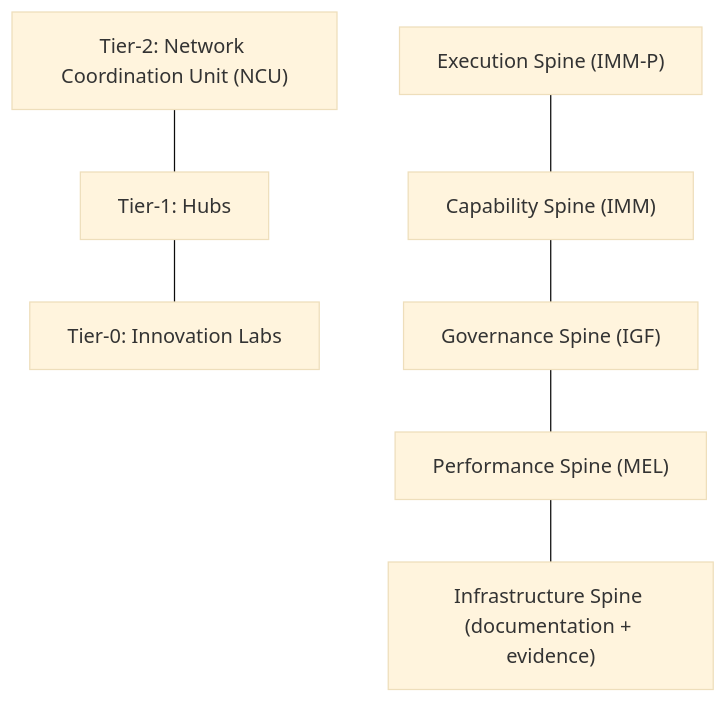
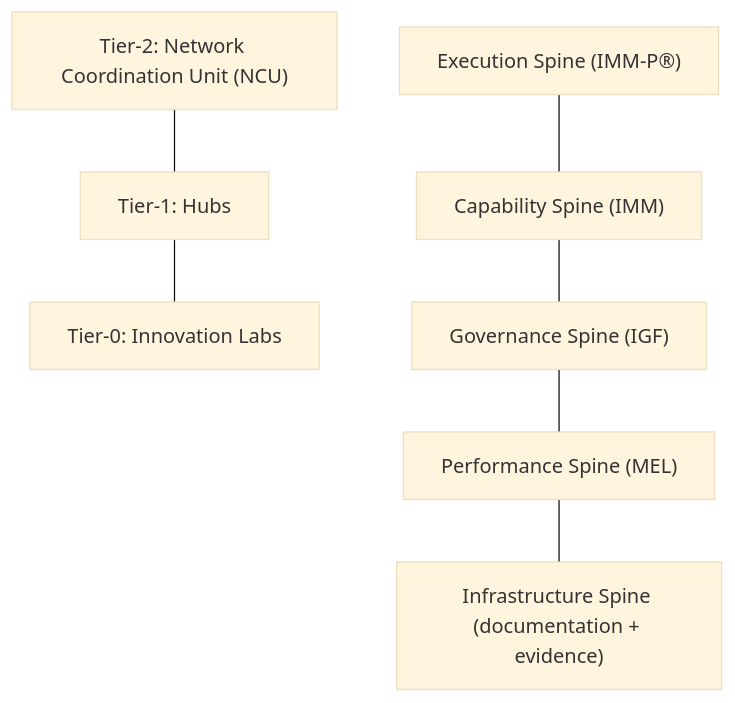
One commit to micro-canvas-framework/vilf changed the diagram in docs/chapters/03.mdx. Above: the diagram before and after it, drawn with Mermaid. The commit also changed other lines of this file and 9 other files, not shown here.

Commit message:
docs(chapters): diagram consistency audit and caption normalization (BL-15X)

````diff
--- a/docs/chapters/03.mdx
+++ b/docs/chapters/03.mdx
@@ -19,18 +19,18 @@
 ```mermaid
 %%{init: {'theme':'base','fontSize':16}}%%
 flowchart TB
   T2["Tier-2: Network Coordination Unit (NCU)"]
   T1["Tier-1: Hubs"]
   T0["Tier-0: Innovation Labs"]
-  ES["Execution Spine (IMM-P)"]
+  ES["Execution Spine (IMM-P®)"]
   CS["Capability Spine (IMM)"]
   GS["Governance Spine (IGF)"]
   PS["Performance Spine (MEL)"]
   IS["Infrastructure Spine (documentation + evidence)"]
   T2 --- T1
   T1 --- T0
   ES --- CS
   CS --- GS
   GS --- PS
   PS --- IS
 ```
````
